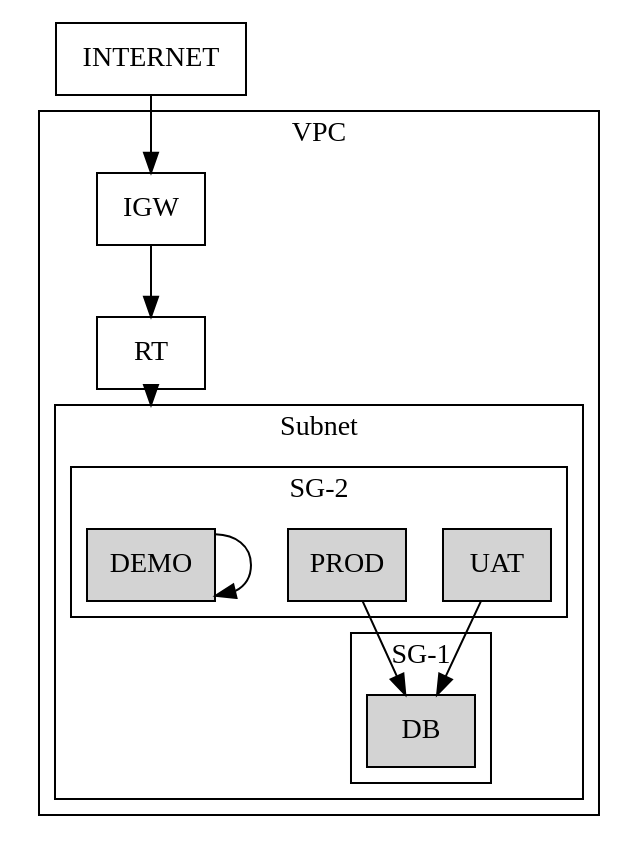
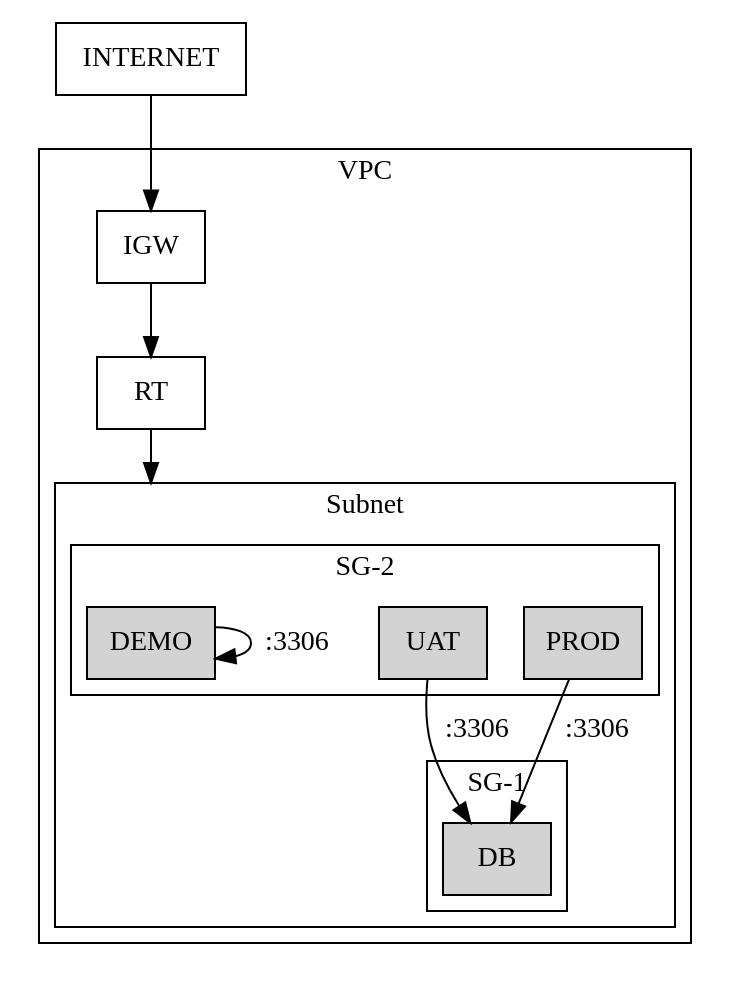
The diagram in graph.dot (dhamith93/terraform_ansible_example), drawn with Graphviz before and after one commit. The commit also changed 1 other file, not shown here.

Commit message:
Updated diagram

```diff
--- a/graph.dot
+++ b/graph.dot
@@ -1,31 +1,31 @@
 digraph G {
   compound=true;
   subgraph cluster_0 {
     label = "VPC";
     node [shape=box];
     IGW->RT
     subgraph cluster_1 {
         label = "Subnet";
         subgraph cluster_2 {
             label = "SG-1";
             node [style=filled,shape=box];
             DB;
         }
         subgraph cluster_3 {
             label = "SG-2";
             node [style=filled,shape=box];
             UAT;
             PROD;
             DEMO;
         }
     }
     
   }
 
-  UAT->DB;
-  PROD->DB;
-  DEMO->DEMO;
+  UAT->DB [label=" :3306"];
+  PROD->DB [label=" :3306"];
+  DEMO->DEMO [label=" :3306"];
   RT->DEMO [lhead=cluster_1];
   node [shape=box];
   INTERNET->IGW 
 }
```
